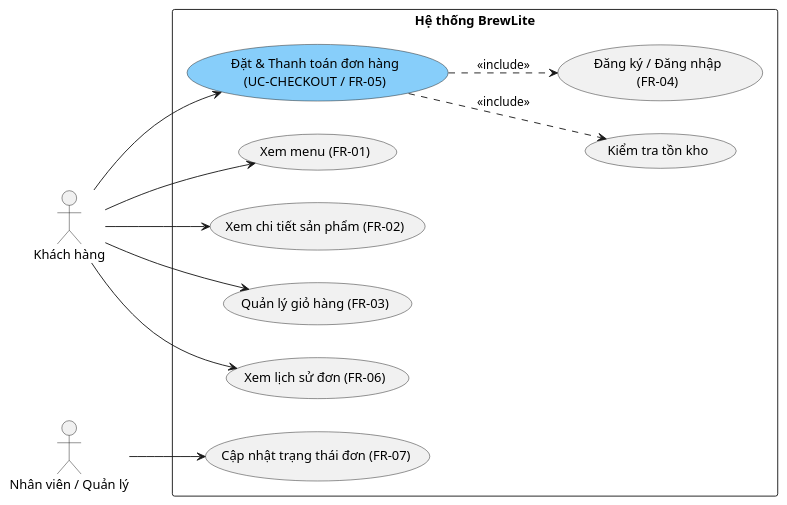
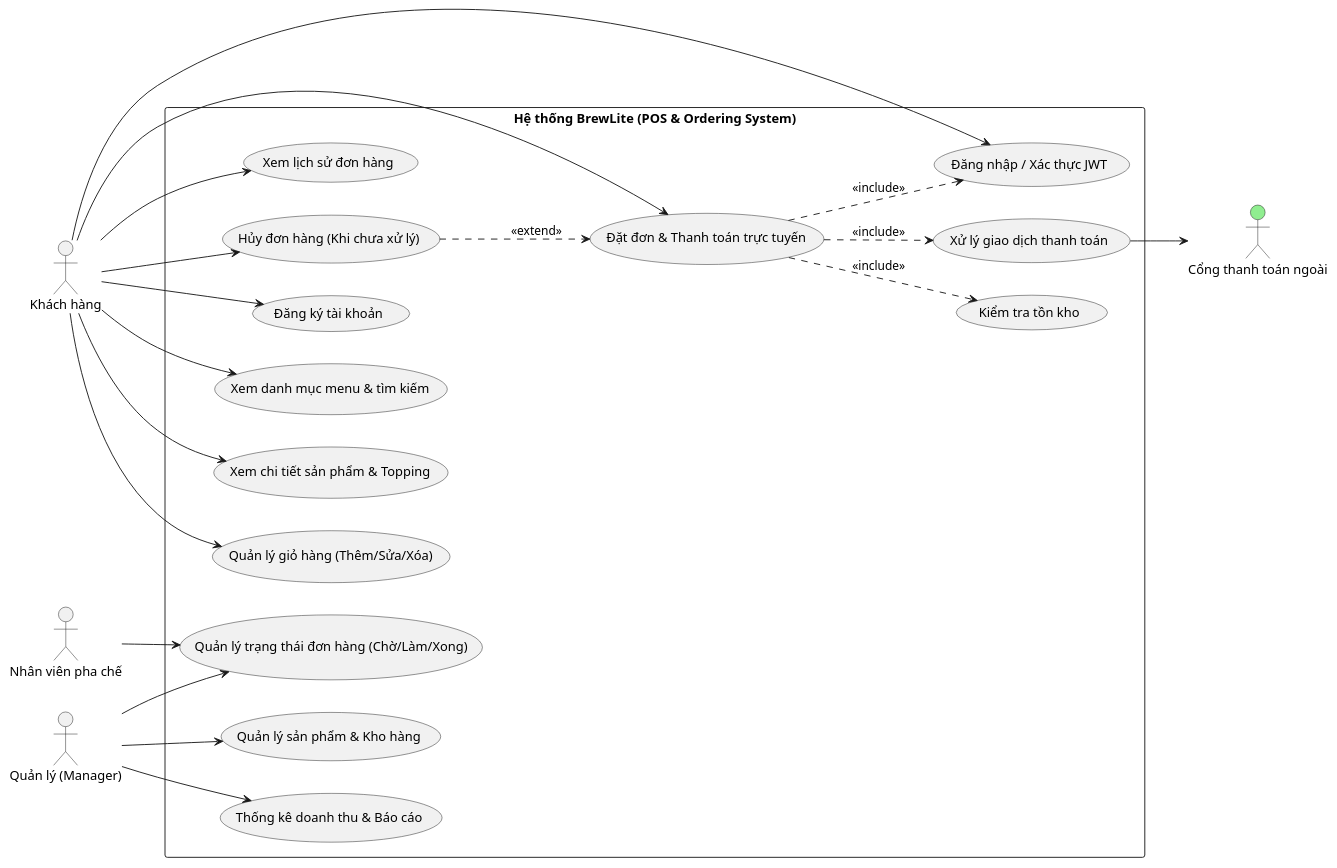
One commit to Nashando/BrewLite-SWE-project changed the diagram in TV2/Use-case diagram.md. Above: the diagram before and after it, drawn with PlantUML. The commit also changed 3 other files, not shown here.

First line of the commit message:
Diagram update

````diff
--- a/TV2/Use-case diagram.md
+++ b/TV2/Use-case diagram.md
@@ -1,35 +1,53 @@
-```plantuml
 @startuml
 left to right direction
 skinparam packageStyle rectangle
 skinparam actorStyle outline
 
 actor "Khách hàng" as Customer
-actor "Nhân viên / Quản lý" as Staff
+actor "Nhân viên pha chế" as Staff
+actor "Quản lý (Manager)" as Manager
+actor "Cổng thanh toán ngoài" as Gateway #lightgreen
 
-rectangle "Hệ thống BrewLite" {
+rectangle "Hệ thống BrewLite (POS & Ordering System)" {
+  usecase "Đăng ký tài khoản" as UC1
+  usecase "Đăng nhập / Xác thực JWT" as UC2
+  usecase "Xem danh mục menu & tìm kiếm" as UC3
+  usecase "Xem chi tiết sản phẩm & Topping" as UC4
+  usecase "Quản lý giỏ hàng (Thêm/Sửa/Xóa)" as UC5
+  usecase "Đặt đơn & Thanh toán trực tuyến" as UC6
+  usecase "Xem lịch sử đơn hàng" as UC7
+  usecase "Hủy đơn hàng (Khi chưa xử lý)" as UC8
   
-  usecase "Đặt & Thanh toán đơn hàng\n(UC-CHECKOUT / FR-05)" as UC_Checkout #LightSkyBlue
-  usecase "Kiểm tra tồn kho" as UC_CheckStock
-  usecase "Đăng ký / Đăng nhập\n(FR-04)" as UC_Auth
+  usecase "Kiểm tra tồn kho" as UC_Stock
+  usecase "Xử lý giao dịch thanh toán" as UC_Pay
   
-  usecase "Xem menu (FR-01)" as UC_Menu
-  usecase "Xem chi tiết sản phẩm (FR-02)" as UC_Detail
-  usecase "Quản lý giỏ hàng (FR-03)" as UC_Cart
-  usecase "Xem lịch sử đơn (FR-06)" as UC_History
-  usecase "Cập nhật trạng thái đơn (FR-07)" as UC_UpdateStatus
+  usecase "Quản lý trạng thái đơn hàng (Chờ/Làm/Xong)" as UC9
+  usecase "Quản lý sản phẩm & Kho hàng" as UC10
+  usecase "Thống kê doanh thu & Báo cáo" as UC11
 }
 
-Customer --> UC_Menu
-Customer --> UC_Detail
-Customer --> UC_Cart
-Customer --> UC_Checkout
-Customer --> UC_History
+' Customer interactions
+Customer --> UC1
+Customer --> UC2
+Customer --> UC3
+Customer --> UC4
+Customer --> UC5
+Customer --> UC6
+Customer --> UC7
+Customer --> UC8
 
-UC_Checkout ..> UC_CheckStock : <<include>>
-UC_Checkout ..> UC_Auth : <<include>>
+' Includes & Extends
+UC6 ..> UC2 : <<include>>
+UC6 ..> UC_Stock : <<include>>
+UC6 ..> UC_Pay : <<include>>
+UC8 ..> UC6 : <<extend>>
 
-Staff --> UC_UpdateStatus
+' External Gateway
+UC_Pay --> Gateway
 
+' Staff & Manager interactions
+Staff --> UC9
+Manager --> UC9
+Manager --> UC10
+Manager --> UC11
 @enduml
-```
````
